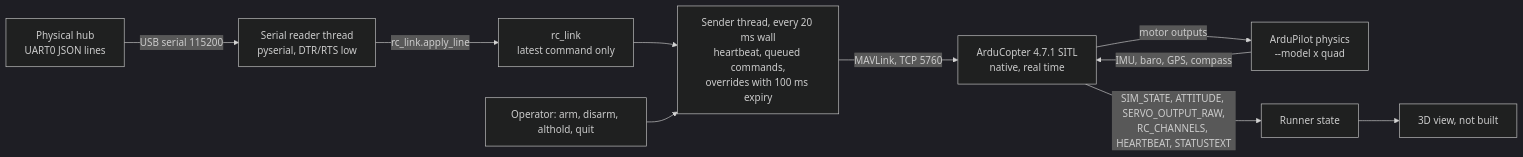
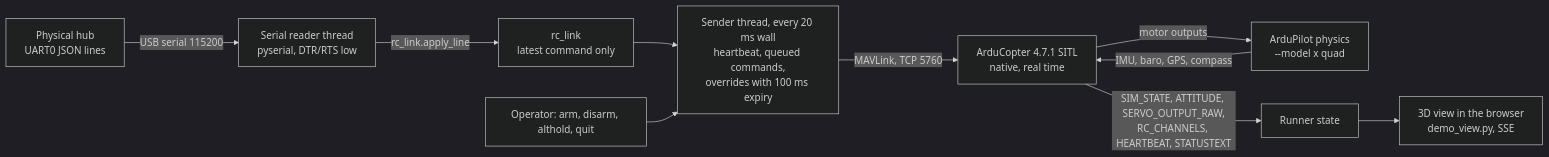
The diagram in docs/demo.md (Samiurr10/gesture-controlled-drone), drawn with Mermaid (dark theme) before and after one commit. The commit also changed other lines of this file and 5 other files, not shown here.

````diff
--- a/docs/demo.md
+++ b/docs/demo.md
@@ -89,12 +90,12 @@
 ```mermaid
 flowchart LR
     HUB[Physical hub<br/>UART0 JSON lines] -->|USB serial 115200| RD[Serial reader thread<br/>pyserial, DTR/RTS low]
     RD -->|rc_link.apply_line| RC[rc_link<br/>latest command only]
     RC --> TX[Sender thread, every 20 ms wall<br/>heartbeat, queued commands,<br/>overrides with 100 ms expiry]
     OP[Operator: arm, disarm, althold, quit] --> TX
     TX -->|MAVLink, TCP 5760| AP[ArduCopter 4.7.1 SITL<br/>native, real time]
     AP -->|motor outputs| PH[ArduPilot physics<br/>--model x quad]
     PH -->|IMU, baro, GPS, compass| AP
     AP -->|SIM_STATE, ATTITUDE, SERVO_OUTPUT_RAW,<br/>RC_CHANNELS, HEARTBEAT, STATUSTEXT| ST[Runner state]
-    ST --> VIEW[3D view, not built]
+    ST --> VIEW[3D view in the browser<br/>demo_view.py, SSE]
 ```
````
